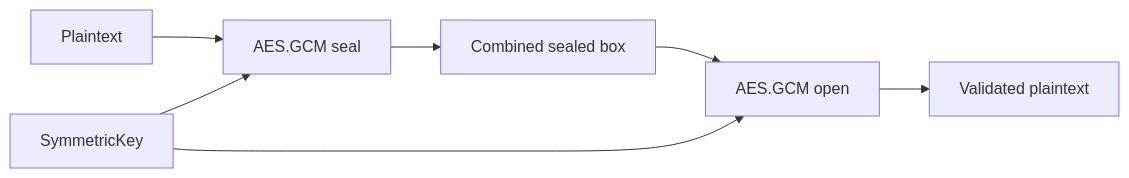
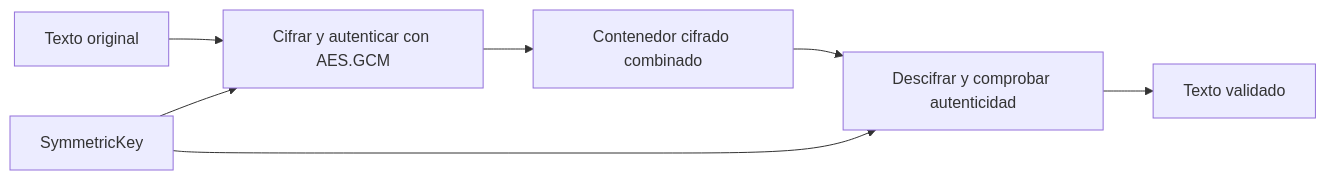
Before and after one commit to frangonzas/Swift-Crypto-Lab: the diagram in README.md, drawn with Mermaid. The commit also changed other lines of this file and 1 other file, not shown here.

````diff
--- a/README.md
+++ b/README.md
@@ -28,9 +28,9 @@
-```mermaid
+~~~mermaid
 flowchart LR
-    A[Plaintext] --> B[AES.GCM seal]
+    A[Texto original] --> B[Cifrar y autenticar con AES.GCM]
     K[SymmetricKey] --> B
-    B --> C[Combined sealed box]
-    C --> D[AES.GCM open]
+    B --> C[Contenedor cifrado combinado]
+    C --> D[Descifrar y comprobar autenticidad]
     K --> D
-    D --> E[Validated plaintext]
-```
+    D --> E[Texto validado]
+~~~
````
